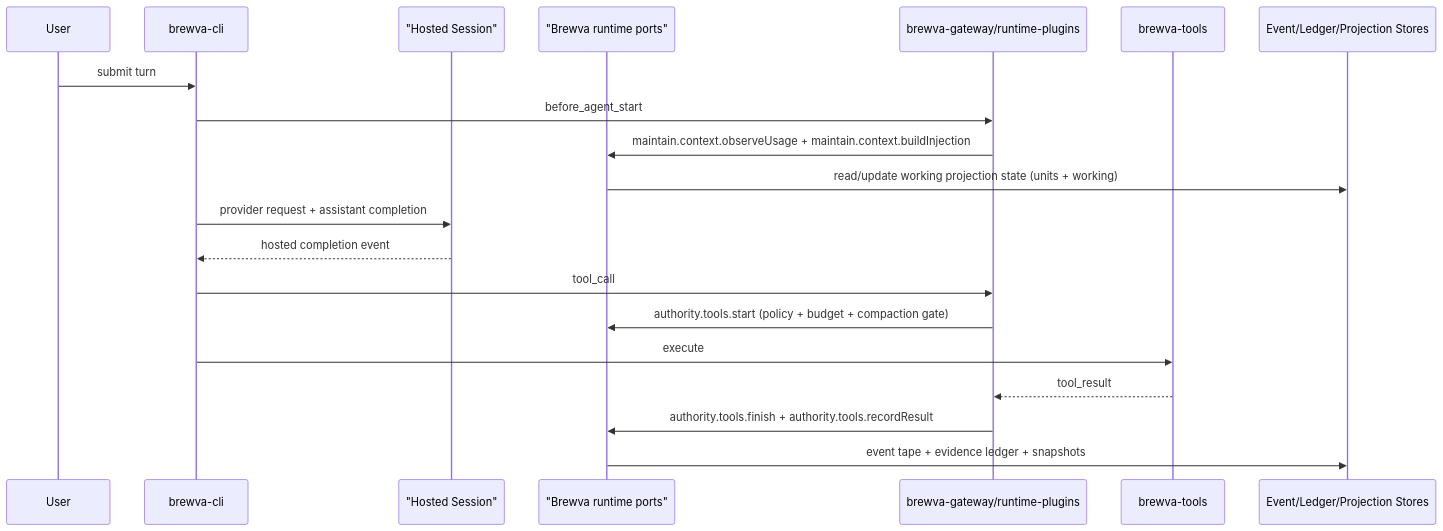
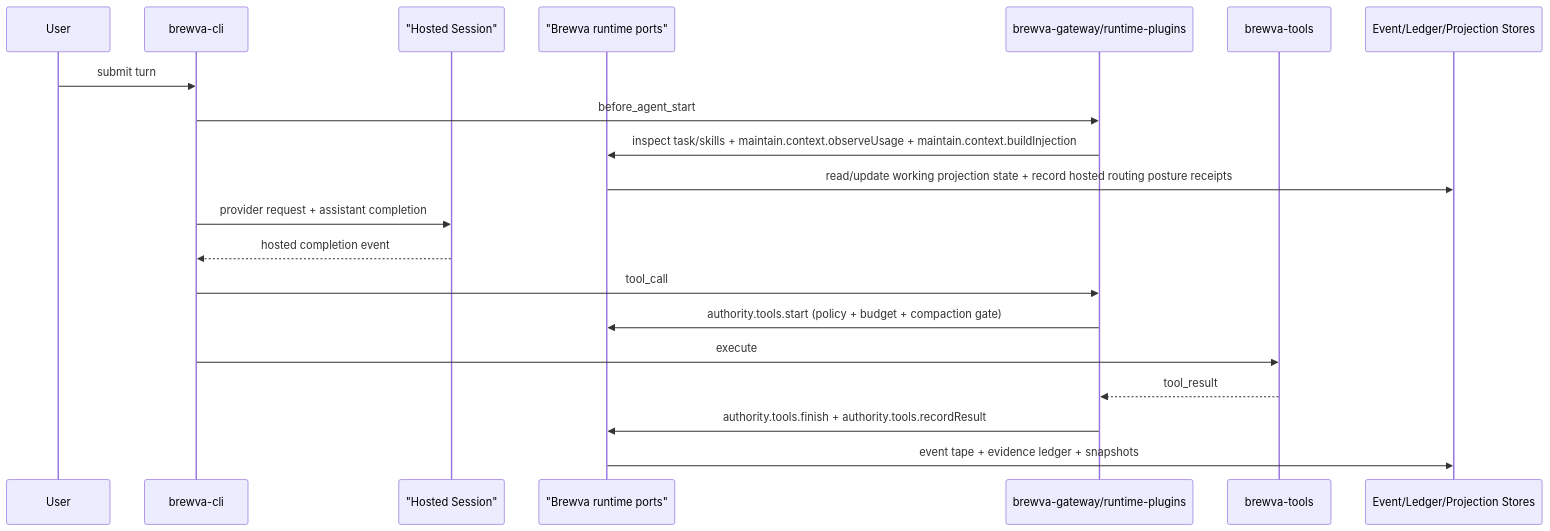
The first of 9 diagrams in docs/architecture/control-and-data-flow.md (arcthur/Brewva), drawn with Mermaid before and after one commit. The commit also changed other lines of this file and 13 other files, not shown here.

First line of the commit message:
fix(gateway)!: make hosted skill-first TaskSpec-first

````diff
--- a/docs/architecture/control-and-data-flow.md
+++ b/docs/architecture/control-and-data-flow.md
@@ -20,23 +20,23 @@
 ```mermaid
 sequenceDiagram
   participant U as User
   participant CLI as brewva-cli
   participant HOST as "Hosted Session"
   participant RT as "Brewva runtime ports"
   participant EXT as brewva-gateway/runtime-plugins
   participant TOOLS as brewva-tools
   participant STORE as Event/Ledger/Projection Stores
 
   U->>CLI: submit turn
   CLI->>EXT: before_agent_start
-  EXT->>RT: maintain.context.observeUsage + maintain.context.buildInjection
-  RT->>STORE: read/update working projection state (units + working)
+  EXT->>RT: inspect task/skills + maintain.context.observeUsage + maintain.context.buildInjection
+  RT->>STORE: read/update working projection state + record hosted routing posture receipts
   CLI->>HOST: provider request + assistant completion
   HOST-->>CLI: hosted completion event
   CLI->>EXT: tool_call
   EXT->>RT: authority.tools.start (policy + budget + compaction gate)
   CLI->>TOOLS: execute
   TOOLS-->>EXT: tool_result
   EXT->>RT: authority.tools.finish + authority.tools.recordResult
   RT->>STORE: event tape + evidence ledger + snapshots
 ```
````
